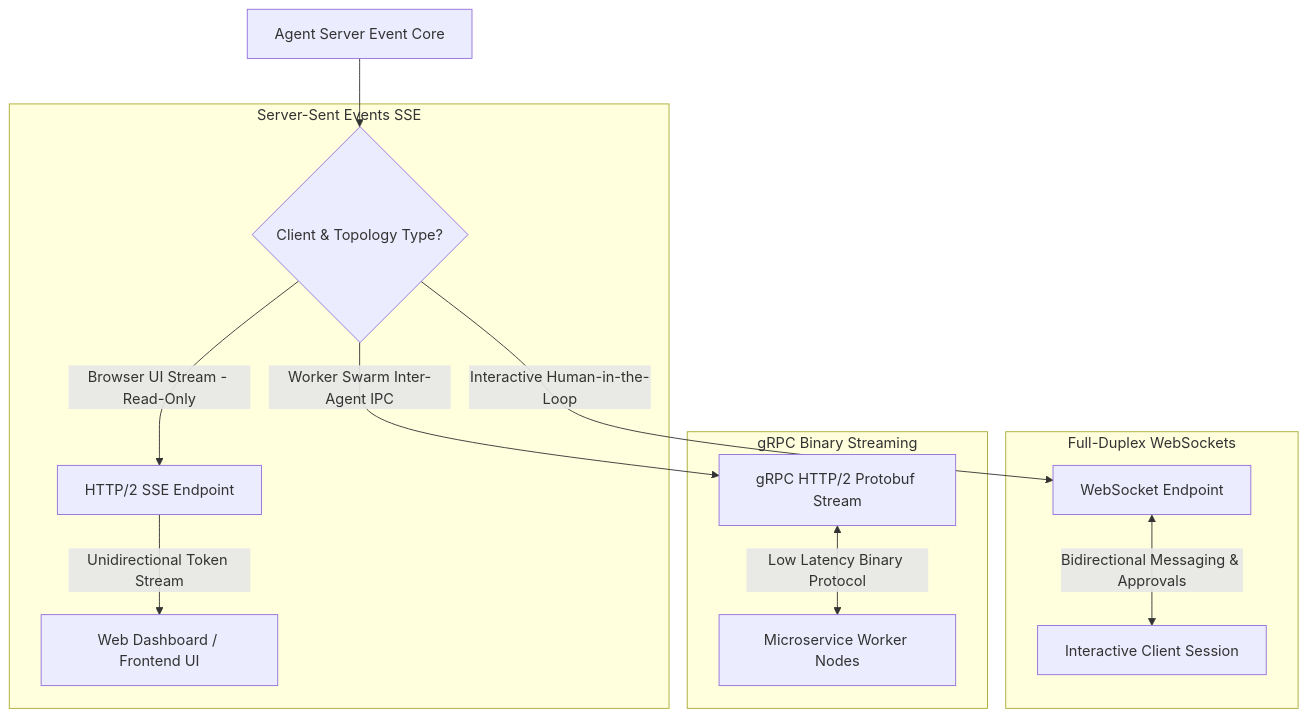
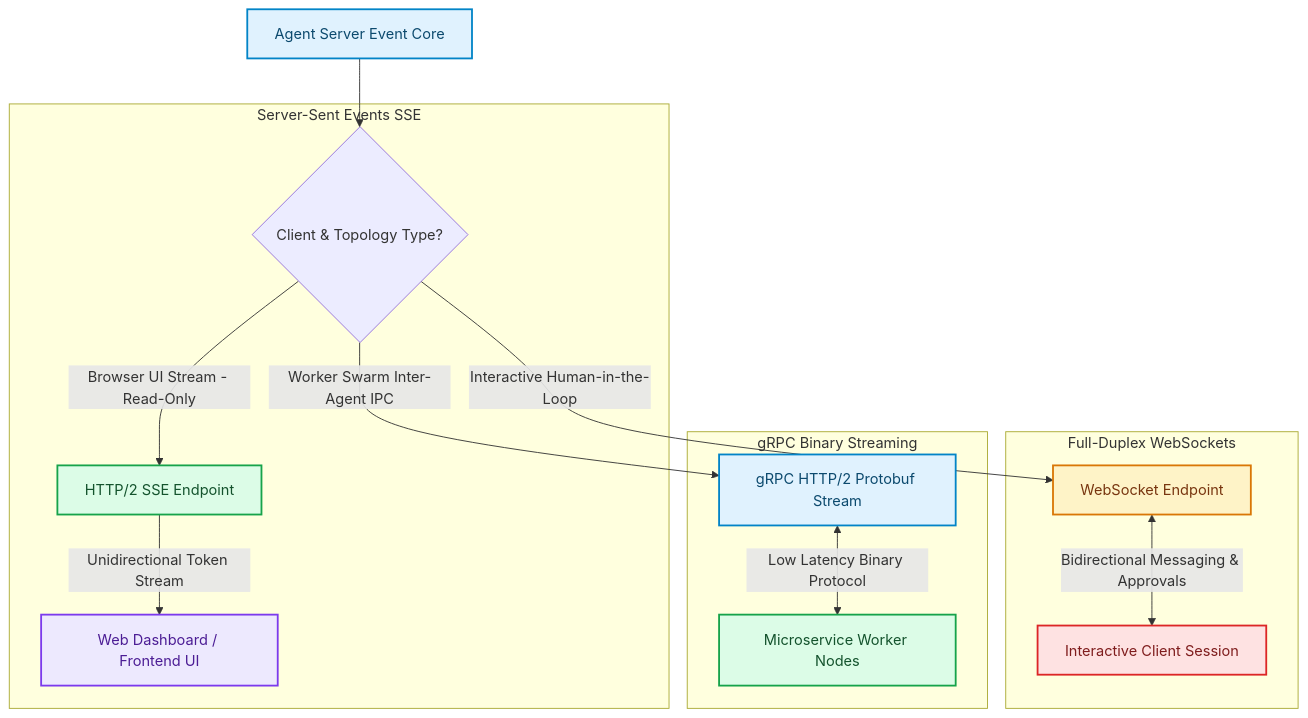
Before and after one commit to akmalkhaniub/akmalkhaniub.github.io: the diagram in blog/posts/realtime-agent-protocols-websockets-sse-grpc-streams.md, drawn with Mermaid. The commit also changed other lines of this file and 1291 other files, not shown here.

First line of the commit message:
feat(catalog): unique covers, scholarly references, and diagram palettes

````diff
--- a/blog/posts/realtime-agent-protocols-websockets-sse-grpc-streams.md
+++ b/blog/posts/realtime-agent-protocols-websockets-sse-grpc-streams.md
@@ -17,19 +17,30 @@
 ```mermaid
 flowchart TD
-  A[Agent Server Event Core] --> B{Client & Topology Type?}
+  A["Agent Server Event Core"] --> B{Client & Topology Type?}
   
   subgraph SG1_ServerSentEvents ["Server-Sent Events SSE"]
-    B -->|Browser UI Stream - Read-Only| C[HTTP/2 SSE Endpoint]
-    C -->|Unidirectional Token Stream| D[Web Dashboard / Frontend UI]
+    B -->|Browser UI Stream - Read-Only| C["HTTP/2 SSE Endpoint"]
+    C -->|Unidirectional Token Stream| D["Web Dashboard / Frontend UI"]
   end
   
   subgraph SG2_FullDuplexWebsockets ["Full-Duplex WebSockets"]
-    B -->|Interactive Human-in-the-Loop| E[WebSocket Endpoint]
-    E <-->|Bidirectional Messaging & Approvals| F[Interactive Client Session]
+    B -->|Interactive Human-in-the-Loop| E["WebSocket Endpoint"]
+    E <-->|Bidirectional Messaging & Approvals| F["Interactive Client Session"]
   end
   
   subgraph SG3_GrpcBinaryStreaming ["gRPC Binary Streaming"]
-    B -->|Worker Swarm Inter-Agent IPC| G[gRPC HTTP/2 Protobuf Stream]
-    G <-->|Low Latency Binary Protocol| H[Microservice Worker Nodes]
+    B -->|Worker Swarm Inter-Agent IPC| G["gRPC HTTP/2 Protobuf Stream"]
+    G <-->|Low Latency Binary Protocol| H["Microservice Worker Nodes"]
   end
+
+classDef green fill:#dcfce7,stroke:#16a34a,stroke-width:2px,color:#14532d;
+classDef red fill:#fee2e2,stroke:#dc2626,stroke-width:2px,color:#7f1d1d;
+classDef blue fill:#e0f2fe,stroke:#0284c7,stroke-width:2px,color:#0c4a6e;
+classDef yellow fill:#fef3c7,stroke:#d97706,stroke-width:2px,color:#78350f;
+classDef purple fill:#ede9fe,stroke:#7c3aed,stroke-width:2px,color:#4c1d95;
+class A,G blue
+class C,H green
+class D purple
+class E yellow
+class F red
 ```
````
